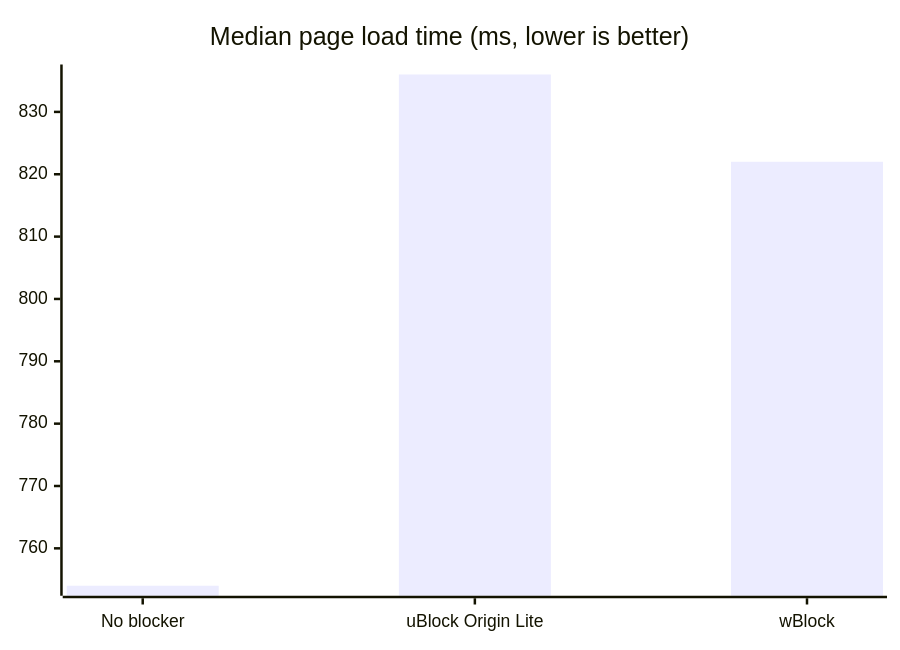
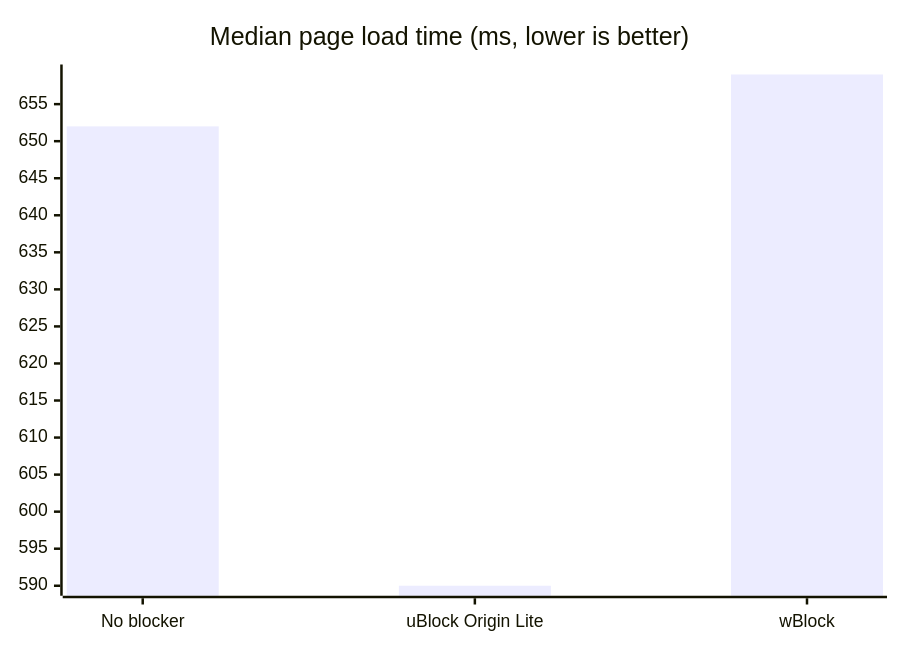
One commit to btecu/safari-ad changed the second of 2 diagrams in README.md. Above: the diagram before and after it, drawn with Mermaid. The commit also changed other lines of this file and 63 other files, not shown here.

````diff
--- a/README.md
+++ b/README.md
@@ -65,6 +65,6 @@
 ```mermaid
 xychart-beta
   title "Median page load time (ms, lower is better)"
   x-axis ["No blocker", "uBlock Origin Lite", "wBlock"]
-  bar [754, 836, 822]
+  bar [652, 590, 659]
 ```
````
